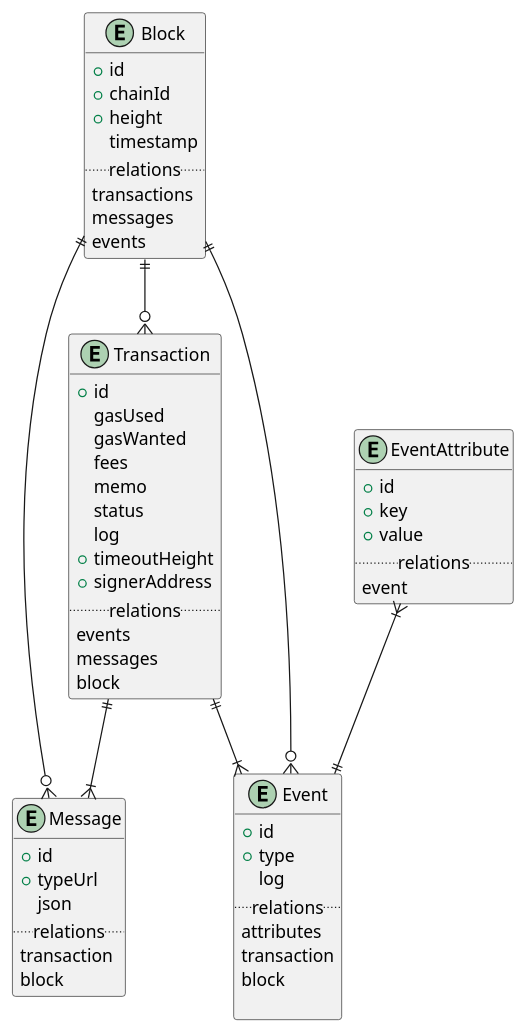
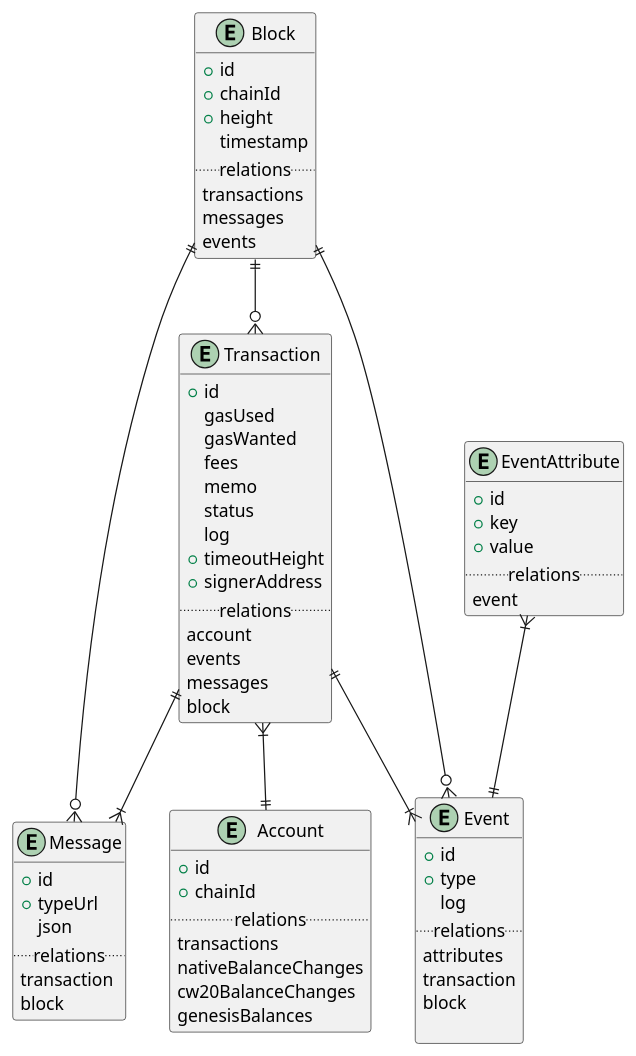
The diagram in docs/assets/entities_db.puml (jiqiang90/ledger-subquery), drawn with PlantUML before and after one commit. The commit also changed 2 other files, not shown here.

Commit message:
docs: add account primitive

```diff
--- a/docs/assets/entities_db.puml
+++ b/docs/assets/entities_db.puml
@@ -1,66 +1,78 @@
 @startuml
 entity Block {
   +id
   +chainId
   +height
   timestamp
   ..relations..
   transactions
   messages
   events
 }
 
 entity Transaction {
   +id
   gasUsed
   gasWanted
   fees
   memo
   status
   log
   +timeoutHeight
   +signerAddress
   ..relations..
+  account
   events
   messages
   block
 }
 
 entity Message {
   +id
   +typeUrl
   json
   ..relations..
   transaction
   block
 }
 
 entity Event {
   +id
   +type
   log
   ..relations..
   attributes
   transaction
   block
 
 }
 
 entity EventAttribute {
   +id
   +key
   +value
   ..relations..
   event
 }
 
+entity Account {
+    +id
+    +chainId
+    ..relations..
+    transactions
+    nativeBalanceChanges
+    cw20BalanceChanges
+    genesisBalances
+}
+
 
 Block ||--o{ Transaction
 Block ||--o{ Message
 Block ||--o{ Event
 
+Transaction }|--|| Account
 Transaction ||--|{ Event
 Transaction ||--|{ Message
 
 EventAttribute }|--|| Event
 @enduml
```
